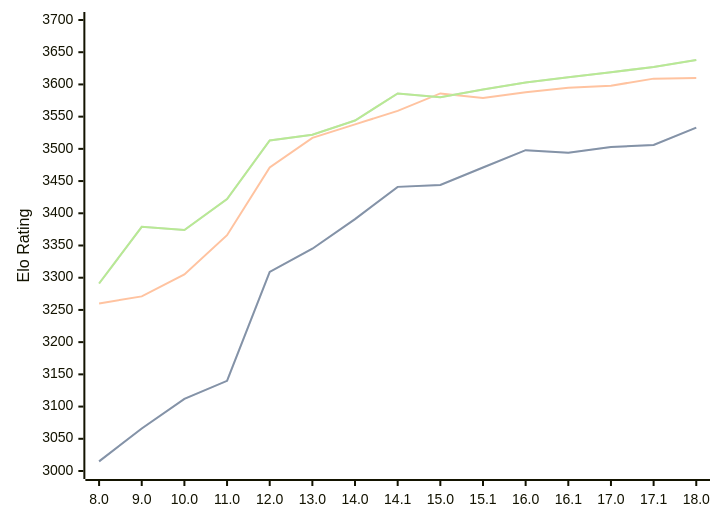
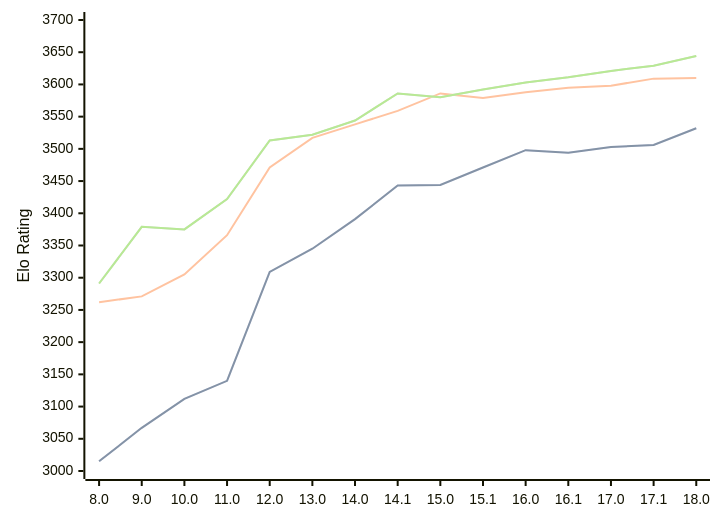
Before and after one commit to computer-chess-index/cci: the diagram in engines/Stockfish.md, drawn with Mermaid. The commit also changed other lines of this file, not shown here.

Commit message:
Update CCI Ratings (ELO VLTC) - 2026-03-27

````diff
--- a/engines/Stockfish.md
+++ b/engines/Stockfish.md
@@ -46,11 +46,11 @@
 ```mermaid
 %%{init: {"theme":"base","themeVariables":{"seriesColors:['#a3a3a3','#222221','#faa371']}}}%%
 xychart-beta
   x-axis ["8.0", "9.0", "10.0", "11.0", "12.0", "13.0", "14.0", "14.1", "15.0", "15.1", "16.0", "16.1", "17.0", "17.1", "18.0"]
   y-axis "Elo Rating" 3000 --> 3700
-  line "STC (8.0+0.08s)" [3015, 3066, 3112, 3140, 3309, 3345, 3391, 3441, 3444, 3471, 3498, 3494, 3503, 3506, 3533]
-  line "STC (8.0+0.08s)" [3015, 3066, 3112, 3140, 3309, 3345, 3391, 3441, 3444, 3471, 3498, 3494, 3503, 3506, 3533]
-  line "LTC (60.0+0.60s)" [3260, 3271, 3305, 3366, 3471, 3517, 3538, 3559, 3586, 3579, 3588, 3595, 3598, 3609, 3610]
-  line "VLTC (2m24s+1.12s)" [3291, 3379, 3374, 3422, 3513, 3522, 3544, 3586, 3580, 3592, 3603, 3611, 3619, 3627, 3638]
-  line "VLTC (2m24s+1.12s)" [3291, 3379, 3374, 3422, 3513, 3522, 3544, 3586, 3580, 3592, 3603, 3611, 3619, 3627, 3638]
+  line "STC (8.0+0.08s)" [3015, 3067, 3112, 3140, 3309, 3345, 3391, 3443, 3444, 3471, 3498, 3494, 3503, 3506, 3532]
+  line "STC (8.0+0.08s)" [3015, 3067, 3112, 3140, 3309, 3345, 3391, 3443, 3444, 3471, 3498, 3494, 3503, 3506, 3532]
+  line "LTC (60.0+0.60s)" [3262, 3271, 3305, 3366, 3471, 3517, 3538, 3559, 3586, 3579, 3588, 3595, 3598, 3609, 3610]
+  line "VLTC (2m24s+1.12s)" [3291, 3379, 3375, 3422, 3513, 3522, 3544, 3586, 3580, 3592, 3603, 3611, 3621, 3629, 3644]
+  line "VLTC (2m24s+1.12s)" [3291, 3379, 3375, 3422, 3513, 3522, 3544, 3586, 3580, 3592, 3603, 3611, 3621, 3629, 3644]
 ```
````
